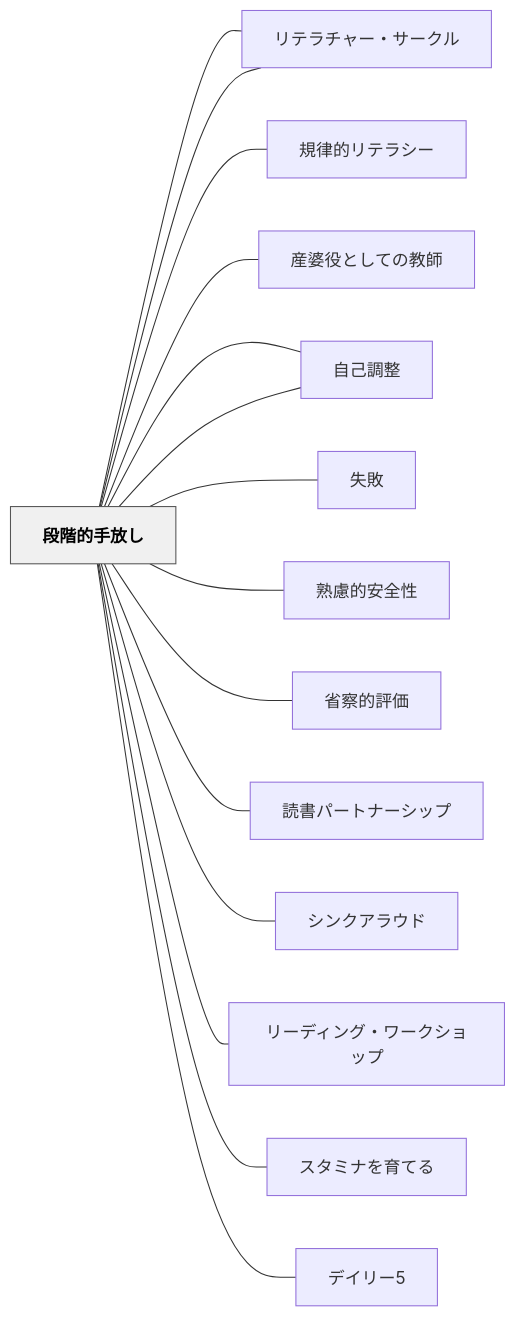
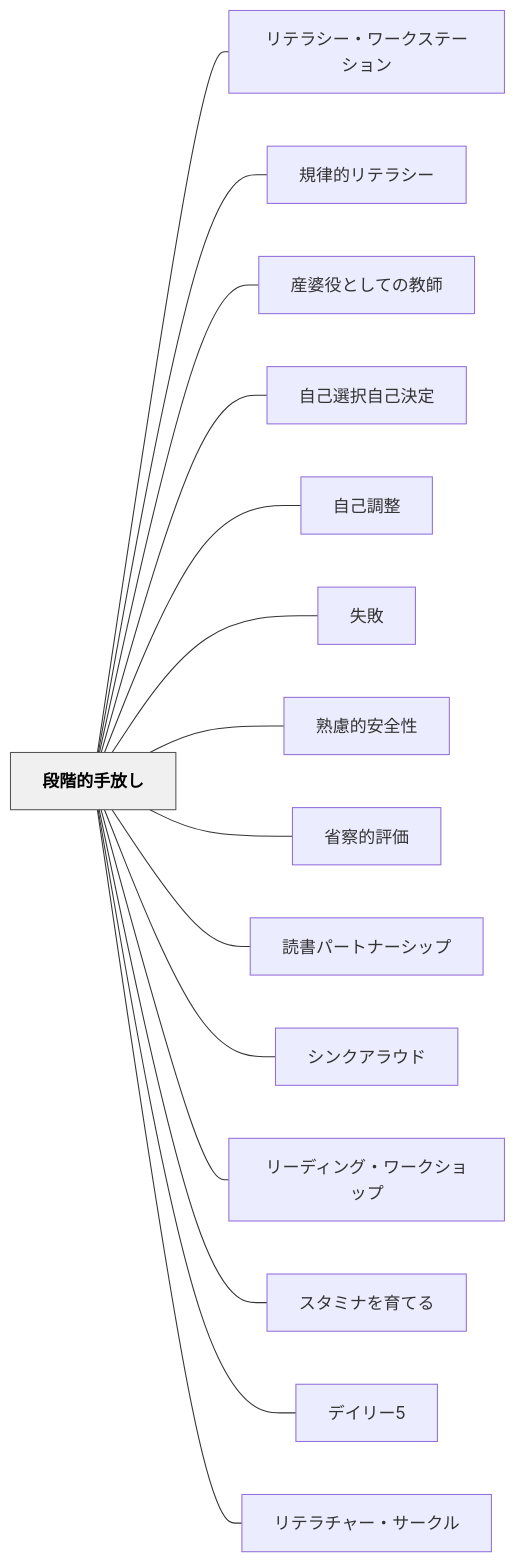
One commit to unknownthings-ed-patterns/unknownthings-ed-patterns changed the diagram in content/パタン/段階的手放し.md. Above: the diagram before and after it, drawn with Mermaid. The commit also changed 527 other files, not shown here.

````diff
--- a/content/パタン/段階的手放し.md
+++ b/content/パタン/段階的手放し.md
@@ -180,36 +180,36 @@
 ```mermaid
 flowchart LR
-    ne6aeb5e99a8e["段階的手放し"]
-    ne383aae38386["リテラシー・ワークステーション"]
-    ne8a68fe5be8b["規律的リテラシー"]
-    ne794a3e5a986["産婆役としての教師"]
-    ne887aae5b7b1["自己選択自己決定"]
-    ne887aae5b7b1["自己調整"]
+    ne6aeb5e99a8ee79a84e6898be694bee38197["段階的手放し"]
+    ne383aae38386e383a9e382b7e383bce383bbe383afe383bce382afe382b9e38386e383bce382b7e383a7e383b3["リテラシー・ワークステーション"]
+    ne8a68fe5be8be79a84e383aae38386e383a9e382b7e383bc["規律的リテラシー"]
+    ne794a3e5a986e5bdb9e381a8e38197e381a6e381aee69599e5b8ab["産婆役としての教師"]
+    ne887aae5b7b1e981b8e68a9ee887aae5b7b1e6b1bae5ae9a["自己選択自己決定"]
+    ne887aae5b7b1e8aabfe695b4["自己調整"]
     ne5a4b1e69597["失敗"]
-    ne7869fe685ae["熟慮的安全性"]
-    ne79c81e5af9f["省察的評価"]
-    ne8aaade69bb8["読書パートナーシップ"]
-    ne382b7e383b3["シンクアラウド"]
-    ne383aae383bc["リーディング・ワークショップ"]
-    ne382b9e382bf["スタミナを育てる"]
-    ne38387e382a4["デイリー5"]
-    ne383aae38386["リテラチャー・サークル"]
+    ne7869fe685aee79a84e5ae89e585a8e680a7["熟慮的安全性"]
+    ne79c81e5af9fe79a84e8a995e4bea1["省察的評価"]
+    ne8aaade69bb8e38391e383bce38388e3838ae383bce382b7e38383e38397["読書パートナーシップ"]
+    ne382b7e383b3e382afe382a2e383a9e382a6e38389["シンクアラウド"]
+    ne383aae383bce38387e382a3e383b3e382b0e383bbe383afe383bce382afe382b7e383a7e38383e38397["リーディング・ワークショップ"]
+    ne382b9e382bfe3839fe3838ae38292e882b2e381a6e3828b["スタミナを育てる"]
+    ne38387e382a4e383aae383bc35["デイリー5"]
+    ne383aae38386e383a9e38381e383a3e383bce383bbe382b5e383bce382afe383ab["リテラチャー・サークル"]
 
-    ne6aeb5e99a8e --- ne383aae38386
-    ne6aeb5e99a8e --- ne8a68fe5be8b
-    ne6aeb5e99a8e --- ne794a3e5a986
-    ne6aeb5e99a8e --- ne887aae5b7b1
-    ne6aeb5e99a8e --- ne887aae5b7b1
-    ne6aeb5e99a8e --- ne5a4b1e69597
-    ne6aeb5e99a8e --- ne7869fe685ae
-    ne6aeb5e99a8e --- ne79c81e5af9f
-    ne6aeb5e99a8e --- ne8aaade69bb8
-    ne6aeb5e99a8e --- ne382b7e383b3
-    ne6aeb5e99a8e --- ne383aae383bc
-    ne6aeb5e99a8e --- ne382b9e382bf
-    ne6aeb5e99a8e --- ne38387e382a4
-    ne6aeb5e99a8e --- ne383aae38386
+    ne6aeb5e99a8ee79a84e6898be694bee38197 --- ne383aae38386e383a9e382b7e383bce383bbe383afe383bce382afe382b9e38386e383bce382b7e383a7e383b3
+    ne6aeb5e99a8ee79a84e6898be694bee38197 --- ne8a68fe5be8be79a84e383aae38386e383a9e382b7e383bc
+    ne6aeb5e99a8ee79a84e6898be694bee38197 --- ne794a3e5a986e5bdb9e381a8e38197e381a6e381aee69599e5b8ab
+    ne6aeb5e99a8ee79a84e6898be694bee38197 --- ne887aae5b7b1e981b8e68a9ee887aae5b7b1e6b1bae5ae9a
+    ne6aeb5e99a8ee79a84e6898be694bee38197 --- ne887aae5b7b1e8aabfe695b4
+    ne6aeb5e99a8ee79a84e6898be694bee38197 --- ne5a4b1e69597
+    ne6aeb5e99a8ee79a84e6898be694bee38197 --- ne7869fe685aee79a84e5ae89e585a8e680a7
+    ne6aeb5e99a8ee79a84e6898be694bee38197 --- ne79c81e5af9fe79a84e8a995e4bea1
+    ne6aeb5e99a8ee79a84e6898be694bee38197 --- ne8aaade69bb8e38391e383bce38388e3838ae383bce382b7e38383e38397
+    ne6aeb5e99a8ee79a84e6898be694bee38197 --- ne382b7e383b3e382afe382a2e383a9e382a6e38389
+    ne6aeb5e99a8ee79a84e6898be694bee38197 --- ne383aae383bce38387e382a3e383b3e382b0e383bbe383afe383bce382afe382b7e383a7e38383e38397
+    ne6aeb5e99a8ee79a84e6898be694bee38197 --- ne382b9e382bfe3839fe3838ae38292e882b2e381a6e3828b
+    ne6aeb5e99a8ee79a84e6898be694bee38197 --- ne38387e382a4e383aae383bc35
+    ne6aeb5e99a8ee79a84e6898be694bee38197 --- ne383aae38386e383a9e38381e383a3e383bce383bbe382b5e383bce382afe383ab
 
     classDef hub fill:#f0f0f0,stroke:#555,color:#000,font-weight:bold
-    class ne6aeb5e99a8e hub
+    class ne6aeb5e99a8ee79a84e6898be694bee38197 hub
 ```
````
